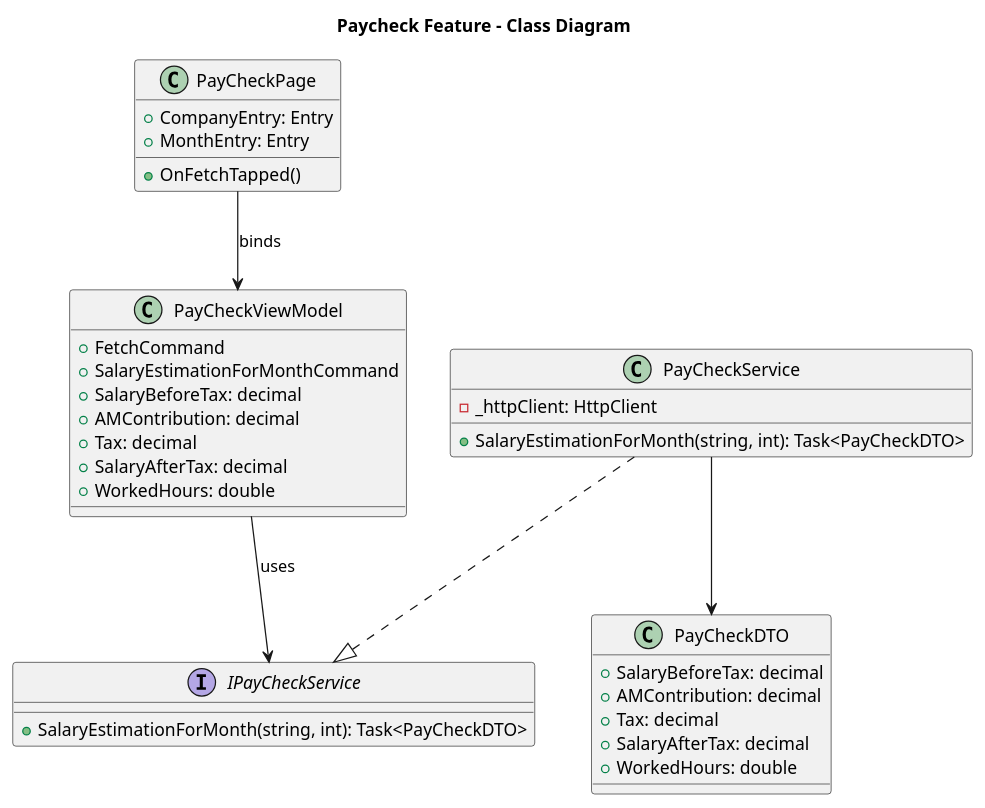
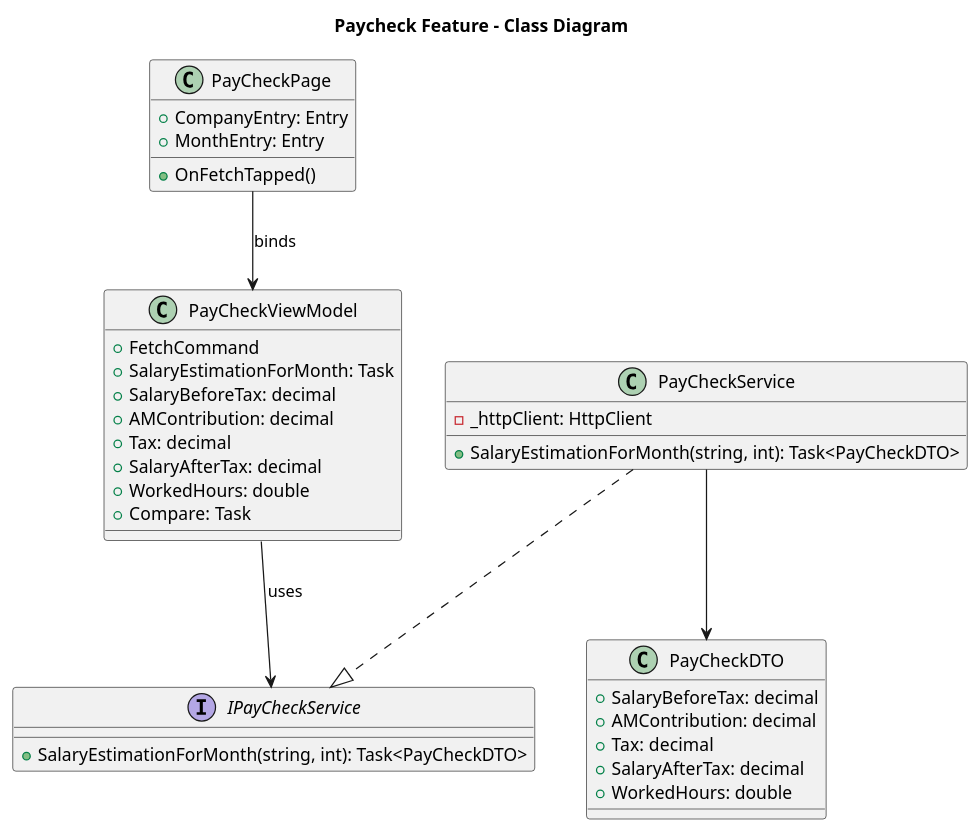
Before and after one commit to a-chiha/FinanceTrackerBackend: the diagram in diagrams/maui/paycheck.puml, drawn with PlantUML. The commit also changed 2 other files, not shown here.

Commit message:
diagrams

```diff
--- a/diagrams/maui/paycheck.puml
+++ b/diagrams/maui/paycheck.puml
@@ -1,48 +1,49 @@
 @startuml
 title Paycheck Feature - Class Diagram
 
 ' UI Layer
 class PayCheckPage {
     +CompanyEntry: Entry
     +MonthEntry: Entry
     +OnFetchTapped()
 }
 
 ' ViewModel
 class PayCheckViewModel {
     +FetchCommand
-    +SalaryEstimationForMonthCommand
+    +SalaryEstimationForMonth: Task
     +SalaryBeforeTax: decimal
     +AMContribution: decimal
     +Tax: decimal
     +SalaryAfterTax: decimal
     +WorkedHours: double
+    + Compare: Task
 }
 
 ' Service Interface
 interface IPayCheckService {
     +SalaryEstimationForMonth(string, int): Task<PayCheckDTO>
 }
 
 ' Service Implementation
 class PayCheckService {
     -_httpClient: HttpClient
     +SalaryEstimationForMonth(string, int): Task<PayCheckDTO>
 }
 
 ' DTO
 class PayCheckDTO {
     +SalaryBeforeTax: decimal
     +AMContribution: decimal
     +Tax: decimal
     +SalaryAfterTax: decimal
     +WorkedHours: double
 }
 
 ' Relationships
 PayCheckPage --> PayCheckViewModel : binds
 PayCheckViewModel --> IPayCheckService : uses
 PayCheckService ..|> IPayCheckService
 PayCheckService --> PayCheckDTO
 
 @enduml
```
